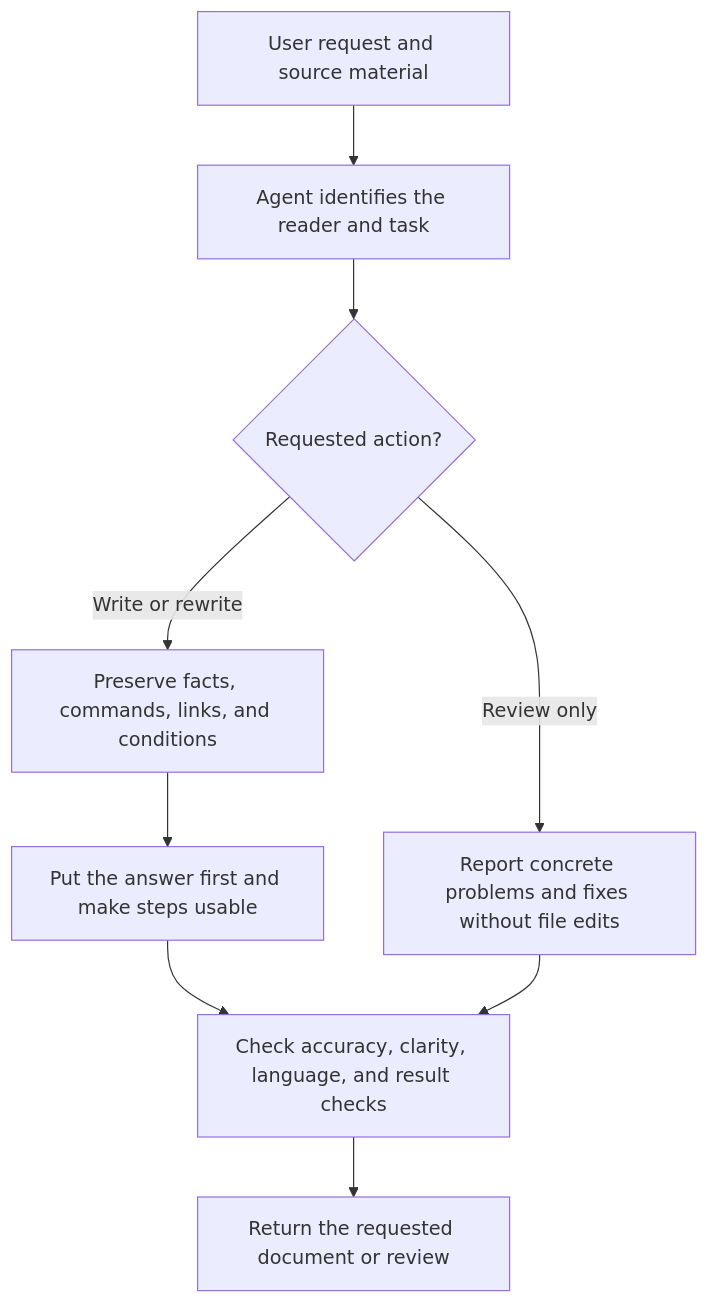
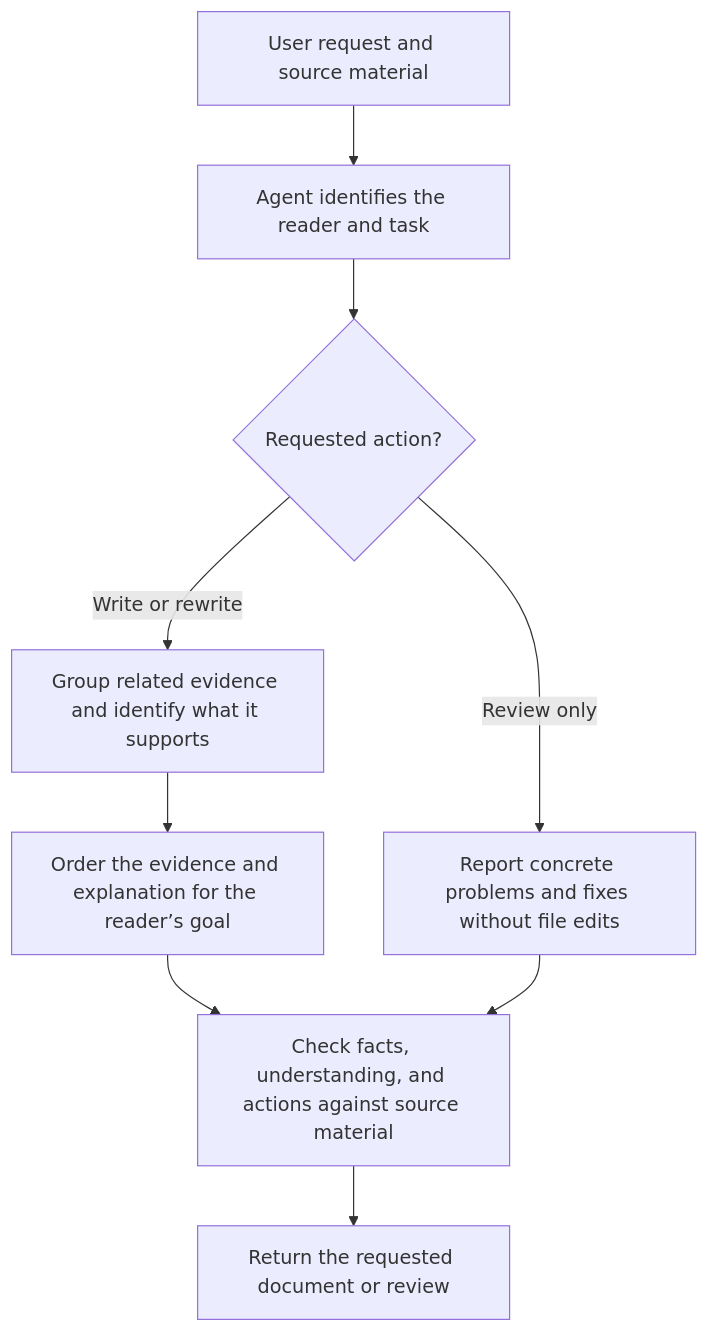
Before and after one commit to joevilcai666/writing-doc-skill: the second of 4 diagrams in HOW_IT_WORKS.md, drawn with Mermaid. The commit also changed other lines of this file and 14 other files, not shown here.

````diff
--- a/HOW_IT_WORKS.md
+++ b/HOW_IT_WORKS.md
@@ -78,11 +75,11 @@
 ```mermaid
 flowchart TD
     A["User request and source material"] --> B["Agent identifies the reader and task"]
     B --> C{"Requested action?"}
-    C -->|"Write or rewrite"| D["Preserve facts, commands, links, and conditions"]
-    D --> E["Put the answer first and make steps usable"]
+    C -->|"Write or rewrite"| D["Group related evidence and identify what it supports"]
+    D --> E["Order the evidence and explanation for the reader’s goal"]
     C -->|"Review only"| F["Report concrete problems and fixes without file edits"]
-    E --> G["Check accuracy, clarity, language, and result checks"]
+    E --> G["Check facts, understanding, and actions against source material"]
     F --> G
     G --> H["Return the requested document or review"]
 ```
````
